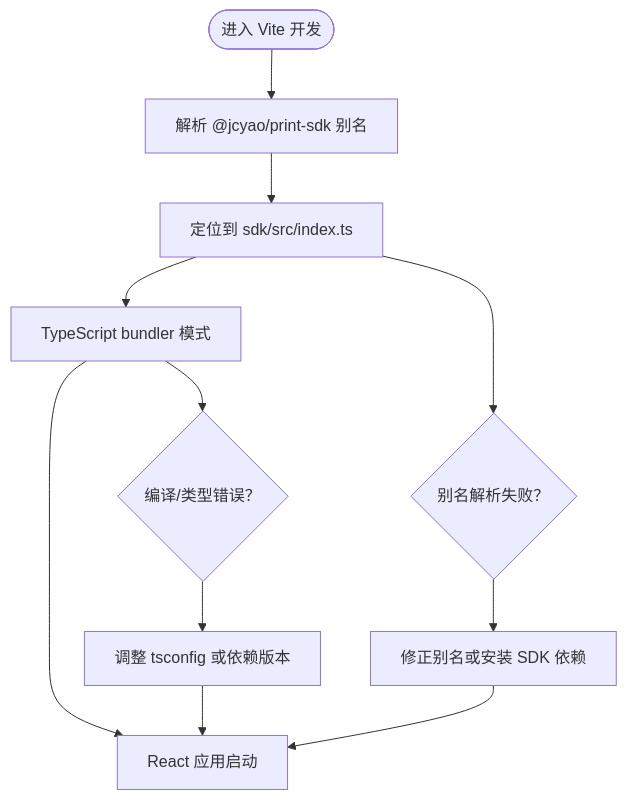
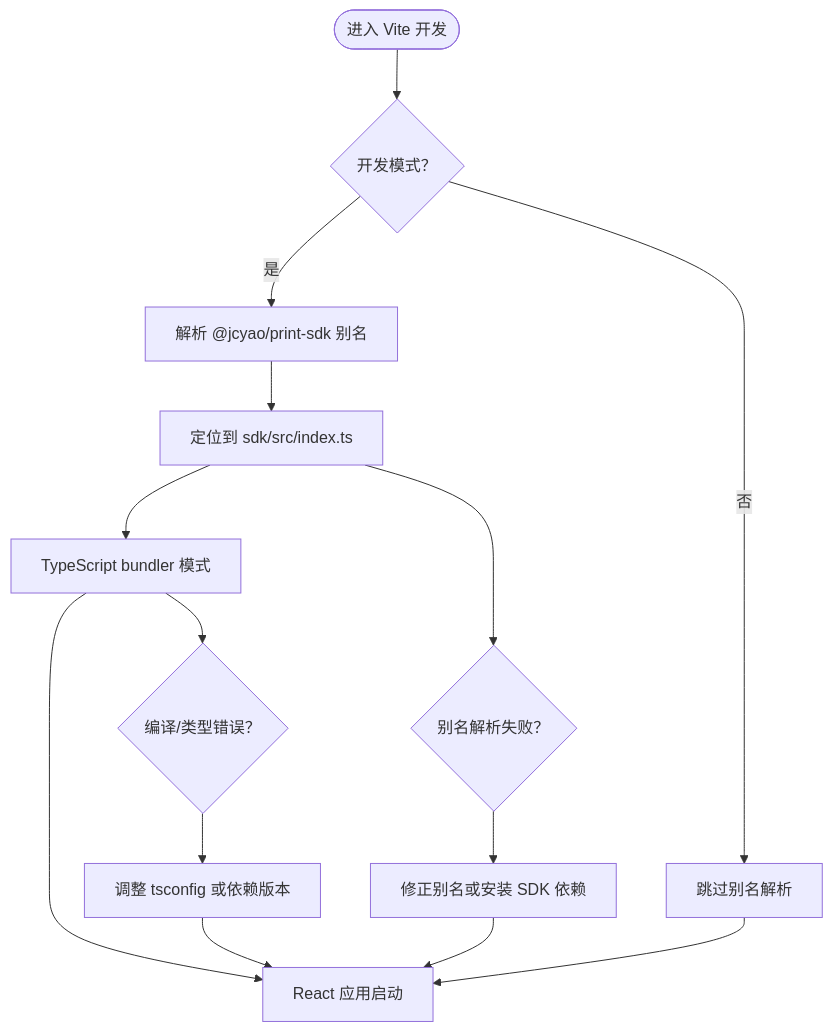
Before and after one commit to joker-yjc/printer: the third of 6 diagrams in .qoder/repowiki/zh/content/故障排除/开发环境问题.md, drawn with Mermaid. The commit also changed other lines of this file and 44 other files, not shown here.

````diff
--- a/.qoder/repowiki/zh/content/故障排除/开发环境问题.md
+++ b/.qoder/repowiki/zh/content/故障排除/开发环境问题.md
@@ -110,13 +96,16 @@
 ```mermaid
 flowchart TD
-Start(["进入 Vite 开发"]) --> Alias["解析 @jcyao/print-sdk 别名"]
+Start(["进入 Vite 开发"]) --> Mode{"开发模式？"}
+Mode --> |是| Alias["解析 @jcyao/print-sdk 别名"]
+Mode --> |否| Skip["跳过别名解析"]
 Alias --> Resolve["定位到 sdk/src/index.ts"]
 Resolve --> TSMode["TypeScript bundler 模式"]
 TSMode --> Build["React 应用启动"]
 Resolve --> ErrAlias{"别名解析失败？"}
 TSMode --> ErrTS{"编译/类型错误？"}
+Skip --> Build
 ErrAlias --> FixAlias["修正别名或安装 SDK 依赖"]
 ErrTS --> FixTS["调整 tsconfig 或依赖版本"]
 FixAlias --> Build
 FixTS --> Build
 ```
````
